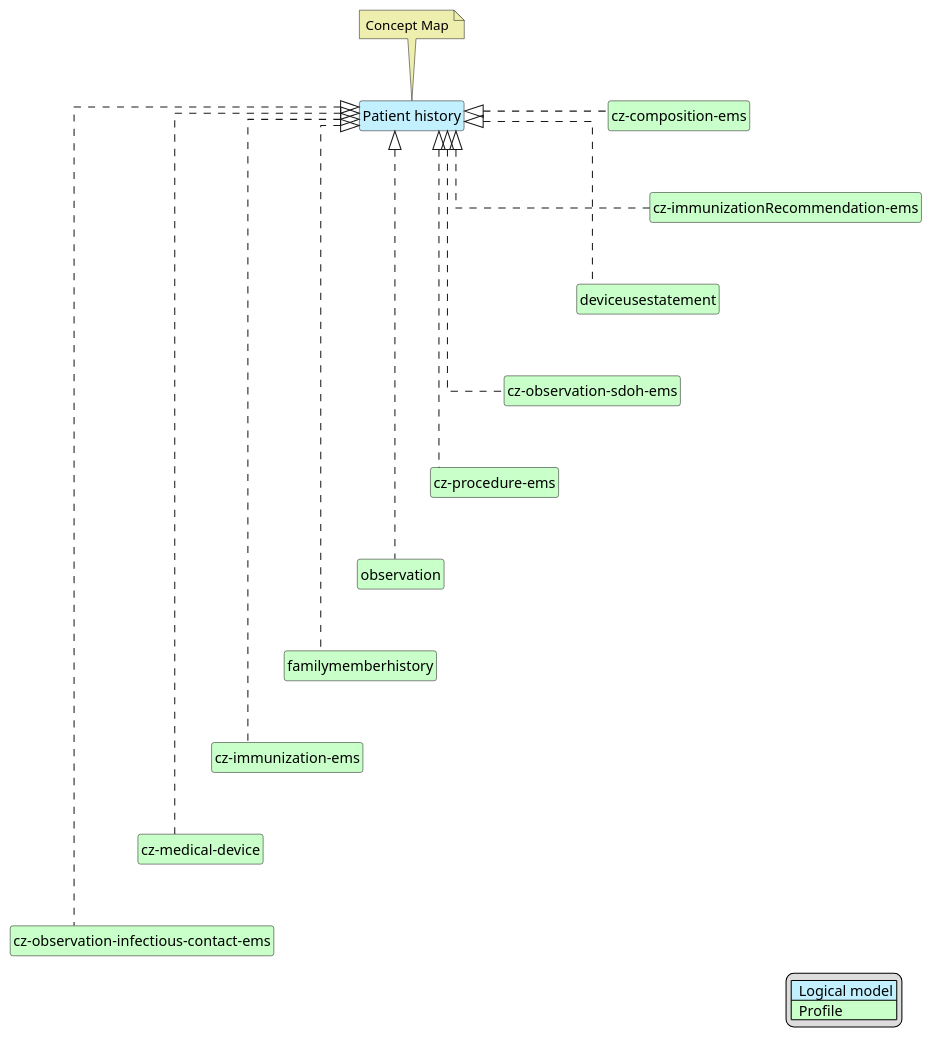
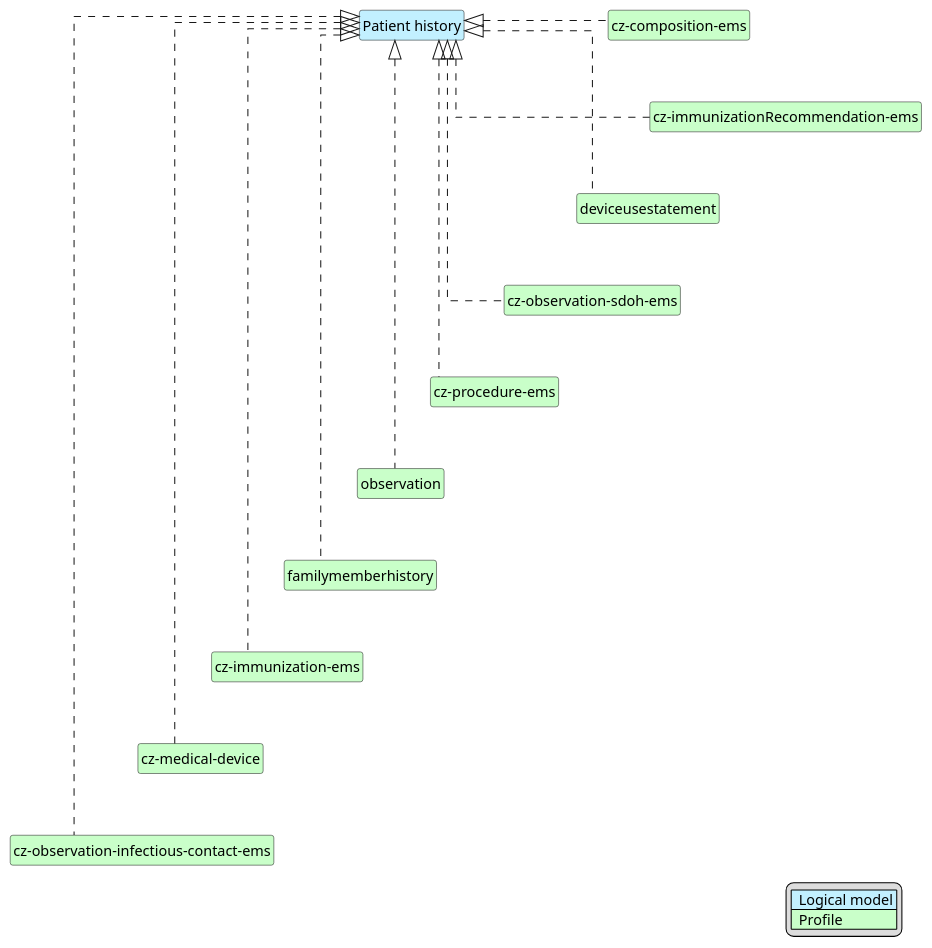
The diagram in input/images-source/emsPatientHistory-map.plantuml (HL7-cz/cz-ems), drawn with PlantUML before and after one commit. The commit also changed 23 other files, not shown here.

Commit message:
úprava plantuml schémat

```diff
--- a/input/images-source/emsPatientHistory-map.plantuml
+++ b/input/images-source/emsPatientHistory-map.plantuml
@@ -1,53 +1,50 @@
 @startuml
 hide circle
 hide stereotype
 hide members
 hide methods
 skinparam linetype ortho
 skinparam class {
 BackgroundColor<<LogicalModel>> #APPLICATION
 BackgroundColor<<Profile>> #TECHNOLOGY
 }
 legend right
 | <#APPLICATION>  Logical model |
 | <#TECHNOLOGY>  Profile |
 endlegend
 
 class "Patient history" <<LogicalModel>> [[StructureDefinition-PatientHistoryCz.html]]
-note top #EEEEAE [[ConceptMap-patientHistory2FHIR-cz.html]]
-Concept Map
-endnote
 
 class "cz-composition-ems" <<Profile>> [[StructureDefinition-cz-composition-ems.html]]
 class "cz-immunizationRecommendation-ems" <<Profile>> [[StructureDefinition-cz-immunizationRecommendation-ems.html]]
 class "cz-medical-device" <<Profile>> [[https://build.fhir.org/ig/HL7-cz/cz-core/StructureDefinition-cz-medical-device.html]]
 class "deviceusestatement" <<Profile>> [[https://hl7.org/fhir/R4/deviceusestatement.html]]
 class "cz-immunization-ems" <<Profile>> [[StructureDefinition-cz-immunization-ems.html]]
 class "cz-observation-sdoh-ems" <<Profile>> [[StructureDefinition-cz-observation-sdoh-ems.html]]
 class "cz-procedure-ems" <<Profile>> [[StructureDefinition-cz-procedure-ems.html]]
 class "observation" <<Profile>> [[https://hl7.org/fhir/R4/observation.html]]
 class "familymemberhistory" <<Profile>> [[https://hl7.org/fhir/R4/familymemberhistory.html]]
 class "cz-observation-infectious-contact-ems" <<Profile>> [[StructureDefinition-cz-observation-infectious-contact-ems.html]]
 
 "Patient history" <|. "cz-composition-ems"
 "Patient history" <|. "cz-immunizationRecommendation-ems"
 "Patient history" <|. "deviceusestatement"
 "Patient history" <|. "cz-immunization-ems"
 "Patient history" <|. "cz-observation-sdoh-ems"
 "Patient history" <|. "cz-procedure-ems"
 "Patient history" <|. "observation"
 "Patient history" <|. "familymemberhistory"
 "Patient history" <|. "cz-medical-device"
 "Patient history" <|. "cz-observation-infectious-contact-ems"
 
 "cz-composition-ems" -d[hidden]-> "cz-immunizationRecommendation-ems"
 "cz-immunizationRecommendation-ems" -d[hidden]-> "deviceusestatement"
 "deviceusestatement" -d[hidden]-> "cz-observation-sdoh-ems"
 "cz-observation-sdoh-ems" -d[hidden]-> "cz-procedure-ems"
 "cz-procedure-ems" -d[hidden]-> "observation"
 "observation" -d[hidden]-> "familymemberhistory"
 "familymemberhistory" -d[hidden]-> "cz-immunization-ems"
 "cz-immunization-ems" -d[hidden]-> "cz-medical-device"
 "cz-medical-device" -d[hidden]-> "cz-observation-infectious-contact-ems"
 
 @enduml
```
